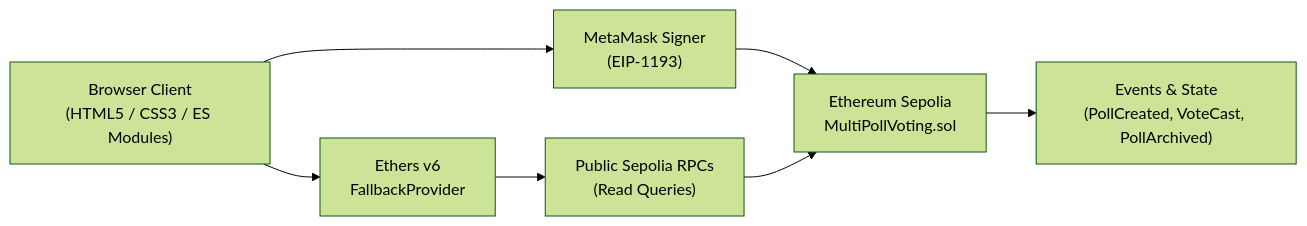
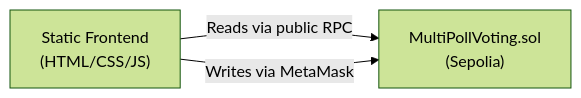
The diagram in README.md (Legit057/Voice-voting-dapp), drawn with Mermaid (forest theme) before and after one commit. The commit also changed other lines of this file, not shown here.

````diff
--- a/README.md
+++ b/README.md
@@ -63,9 +38,5 @@
 ```mermaid
 flowchart LR
-    A["Browser Client\n(HTML5 / CSS3 / ES Modules)"] --> B["Ethers v6\nFallbackProvider"]
-    B --> C["Public Sepolia RPCs\n(Read Queries)"]
-    A --> D["MetaMask Signer\n(EIP-1193)"]
-    D --> E["Ethereum Sepolia\nMultiPollVoting.sol"]
-    C --> E
-    E --> F["Events & State\n(PollCreated, VoteCast, PollArchived)"]
+    Browser["Static Frontend\n(HTML/CSS/JS)"] -->|"Reads via public RPC"| Sepolia["MultiPollVoting.sol\n(Sepolia)"]
+    Browser -->|"Writes via MetaMask"| Sepolia
 ```
````
